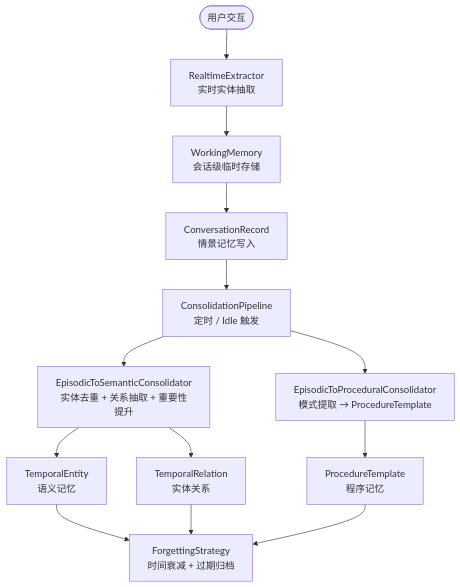
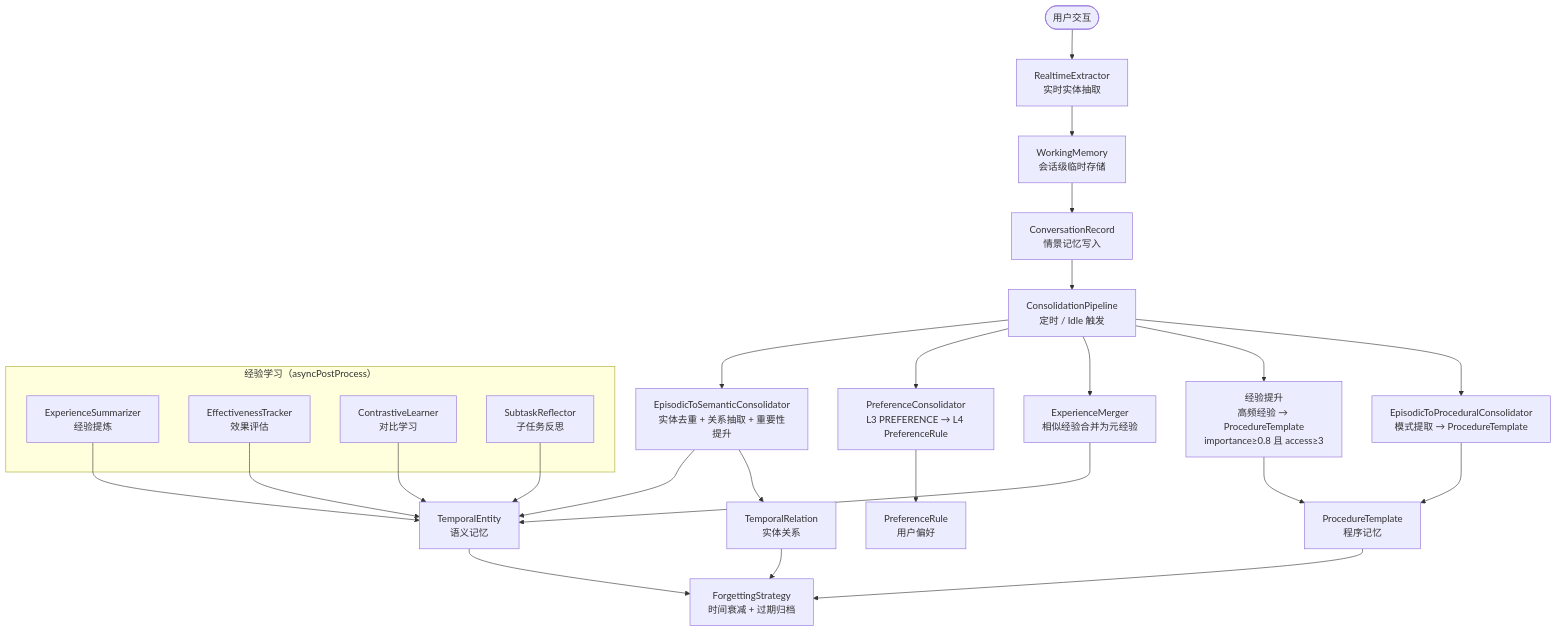
One commit to ntygod/LifePilot changed the fourth of 35 diagrams in ARCHITECTURE-DIAGRAMS.md. Above: the diagram before and after it, drawn with Mermaid. The commit also changed other lines of this file and 4 other files, not shown here.

````diff
--- a/ARCHITECTURE-DIAGRAMS.md
+++ b/ARCHITECTURE-DIAGRAMS.md
@@ -229,20 +229,38 @@
 ```mermaid
 flowchart TD
     Start([用户交互]) --> Extract[RealtimeExtractor<br/>实时实体抽取]
     Extract --> WM[WorkingMemory<br/>会话级临时存储]
     
     WM --> Episodic[ConversationRecord<br/>情景记忆写入]
     
     Episodic --> Pipeline[ConsolidationPipeline<br/>定时 / Idle 触发]
     
     Pipeline --> Semantic[EpisodicToSemanticConsolidator<br/>实体去重 + 关系抽取 + 重要性提升]
+    Pipeline --> PrefSync[PreferenceConsolidator<br/>L3 PREFERENCE → L4 PreferenceRule]
+    Pipeline --> ExpMerge[ExperienceMerger<br/>相似经验合并为元经验]
+    Pipeline --> ExpPromote[经验提升<br/>高频经验 → ProcedureTemplate<br/>importance≥0.8 且 access≥3]
     Pipeline --> Procedural[EpisodicToProceduralConsolidator<br/>模式提取 → ProcedureTemplate]
     
     Semantic --> TE[TemporalEntity<br/>语义记忆]
     Semantic --> TR[TemporalRelation<br/>实体关系]
-    Procedural --> PT[ProcedureTemplate<br/>程序记忆]
+    ExpMerge --> TE
+    ExpPromote --> PT[ProcedureTemplate<br/>程序记忆]
+    PrefSync --> PR_T[PreferenceRule<br/>用户偏好]
+    Procedural --> PT
+    
+    subgraph "经验学习（asyncPostProcess）"
+        ES_F[ExperienceSummarizer<br/>经验提炼]
+        ET_F[EffectivenessTracker<br/>效果评估]
+        CL_F[ContrastiveLearner<br/>对比学习]
+        SR_F[SubtaskReflector<br/>子任务反思]
+    end
+    
+    ES_F --> TE
+    ET_F --> TE
+    CL_F --> TE
+    SR_F --> TE
     
     TE --> Forgetting[ForgettingStrategy<br/>时间衰减 + 过期归档]
     TR --> Forgetting
     PT --> Forgetting
 ```
````
